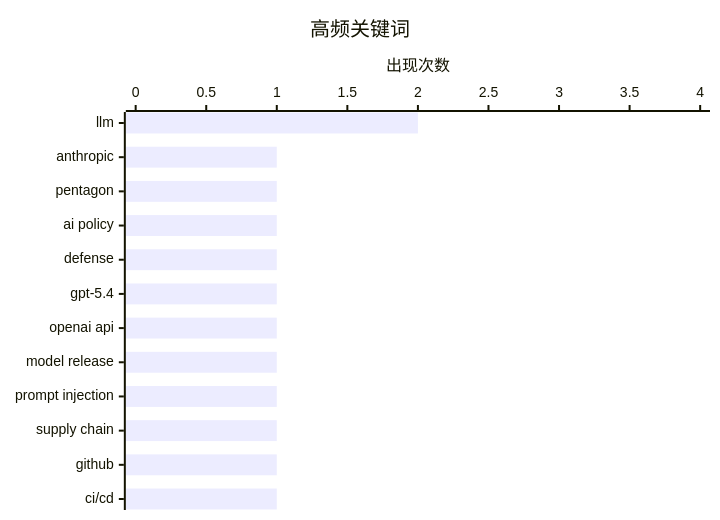
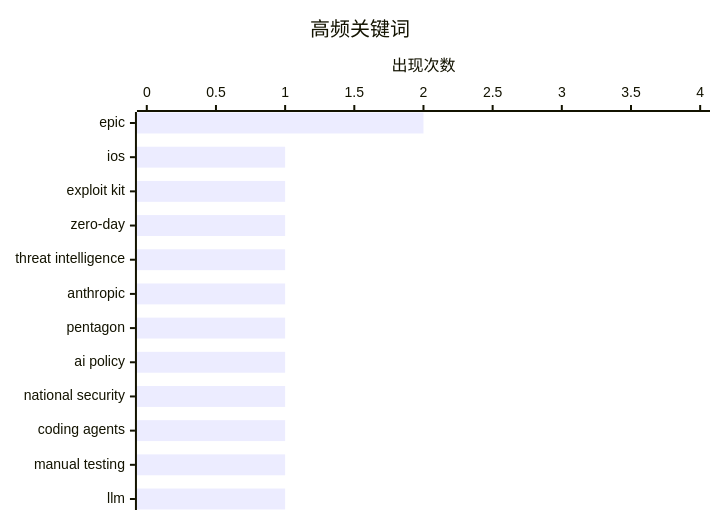
One commit to originem0/SZBlog changed the second of 2 diagrams in content/ai-daily/2026-03-07.md. Above: the diagram before and after it, drawn with Mermaid. The commit also changed other lines of this file, not shown here.

````diff
--- a/content/ai-daily/2026-03-07.md
+++ b/content/ai-daily/2026-03-07.md
@@ -65,7 +71,7 @@
 ```mermaid
 xychart-beta horizontal
     title "高频关键词"
-    x-axis ["llm", "anthropic", "pentagon", "ai policy", "defense", "gpt-5.4", "openai api", "model release", "prompt injection", "supply chain", "github", "ci/cd"]
+    x-axis ["epic", "ios", "exploit kit", "zero-day", "threat intelligence", "anthropic", "pentagon", "ai policy", "national security", "coding agents", "manual testing", "llm"]
     y-axis "出现次数" 0 --> 4
     bar [2, 1, 1, 1, 1, 1, 1, 1, 1, 1, 1, 1]
 ```
````
